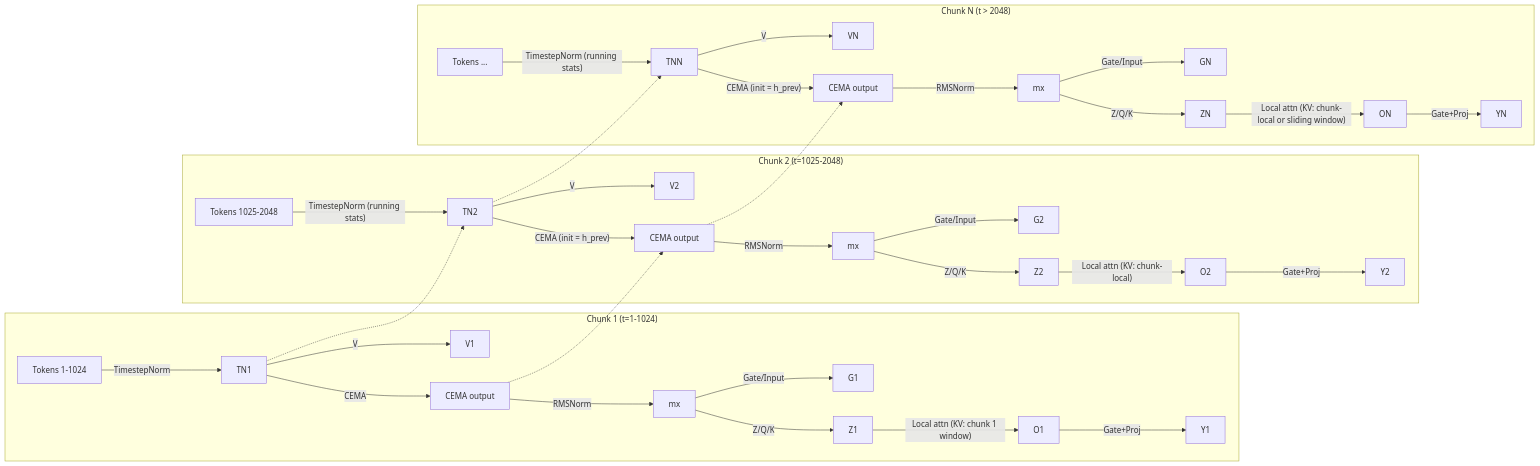
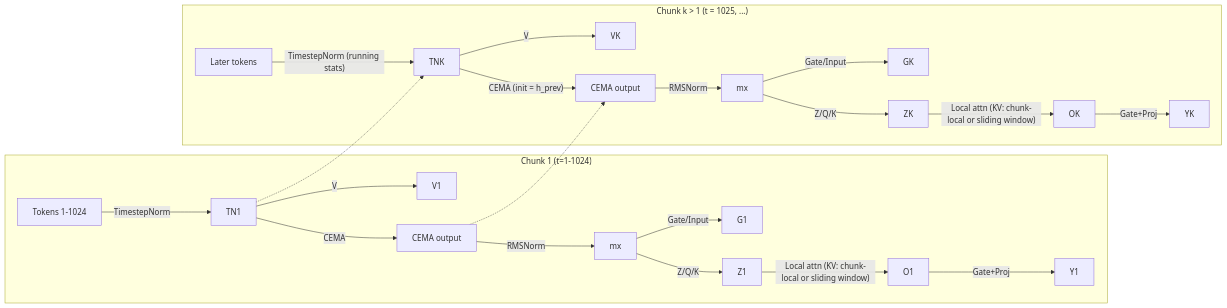
Before and after one commit to pszemraj/megalodon-jax: the first of 2 diagrams in docs/long-context-streaming.md, drawn with Mermaid. The commit also changed other lines of this file and 16 other files, not shown here.

````diff
--- a/docs/long-context-streaming.md
+++ b/docs/long-context-streaming.md
@@ -9,40 +21,27 @@
 ```mermaid
 flowchart LR
     subgraph Chunk1["Chunk 1 (t=1-1024)"]
         A1[Tokens 1-1024] -->|TimestepNorm| TN1
         TN1 -->|CEMA| C1[CEMA output]
         C1 -->|RMSNorm| MX1[mx]
         MX1 -->|Z/Q/K| Z1
         TN1 -->|V| V1
         MX1 -->|Gate/Input| G1
-        Z1 -->|"Local attn (KV: chunk 1 window)"| O1
+        Z1 -->|"Local attn (KV: chunk-local or sliding window)"| O1
         O1 -->|Gate+Proj| Y1
     end
 
-    subgraph Chunk2["Chunk 2 (t=1025-2048)"]
-        A2[Tokens 1025-2048] -->|"TimestepNorm (running stats)"| TN2
-        TN2 -->|"CEMA (init = h_prev)"| C2[CEMA output]
-        C2 -->|RMSNorm| MX2[mx]
-        MX2 -->|Z/Q/K| Z2
-        TN2 -->|V| V2
-        MX2 -->|Gate/Input| G2
-        Z2 -->|"Local attn (KV: chunk-local)"| O2
-        O2 -->|Gate+Proj| Y2
+    subgraph ChunkK["Chunk k > 1 (t = 1025, ...)"]
+        AK[Later tokens] -->|"TimestepNorm (running stats)"| TNK
+        TNK -->|"CEMA (init = h_prev)"| CK[CEMA output]
+        CK -->|RMSNorm| MXK[mx]
+        MXK -->|Z/Q/K| ZK
+        TNK -->|V| VK
+        MXK -->|Gate/Input| GK
+        ZK -->|"Local attn (KV: chunk-local or sliding window)"| OK
+        OK -->|Gate+Proj| YK
     end
 
-    subgraph ChunkN["Chunk N (t > 2048)"]
-        AN[Tokens ...] -->|"TimestepNorm (running stats)"| TNN
-        TNN -->|"CEMA (init = h_prev)"| CN[CEMA output]
-        CN -->|RMSNorm| MXN[mx]
-        MXN -->|Z/Q/K| ZN
-        TNN -->|V| VN
-        MXN -->|Gate/Input| GN
-        ZN -->|"Local attn (KV: chunk-local or sliding window)"| ON
-        ON -->|Gate+Proj| YN
-    end
-
-    C1 -.-> C2
-    C2 -.-> CN
-    TN1 -.-> TN2
-    TN2 -.-> TNN
+    C1 -.-> CK
+    TN1 -.-> TNK
 ```
````
